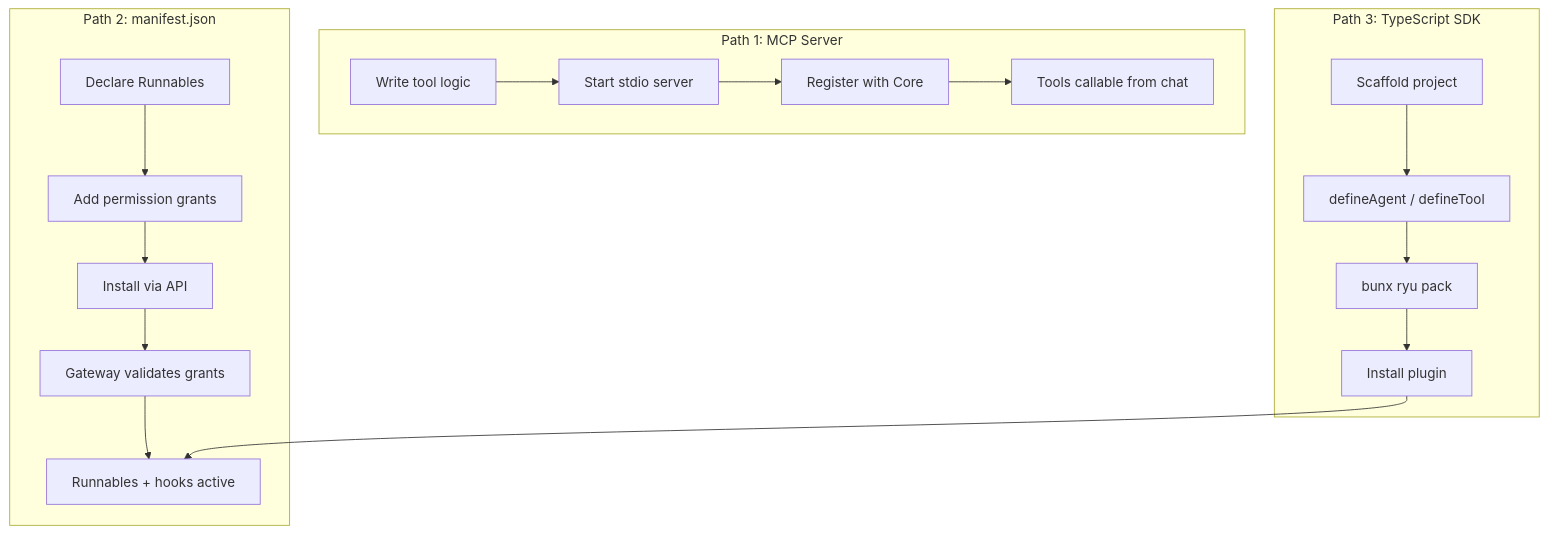
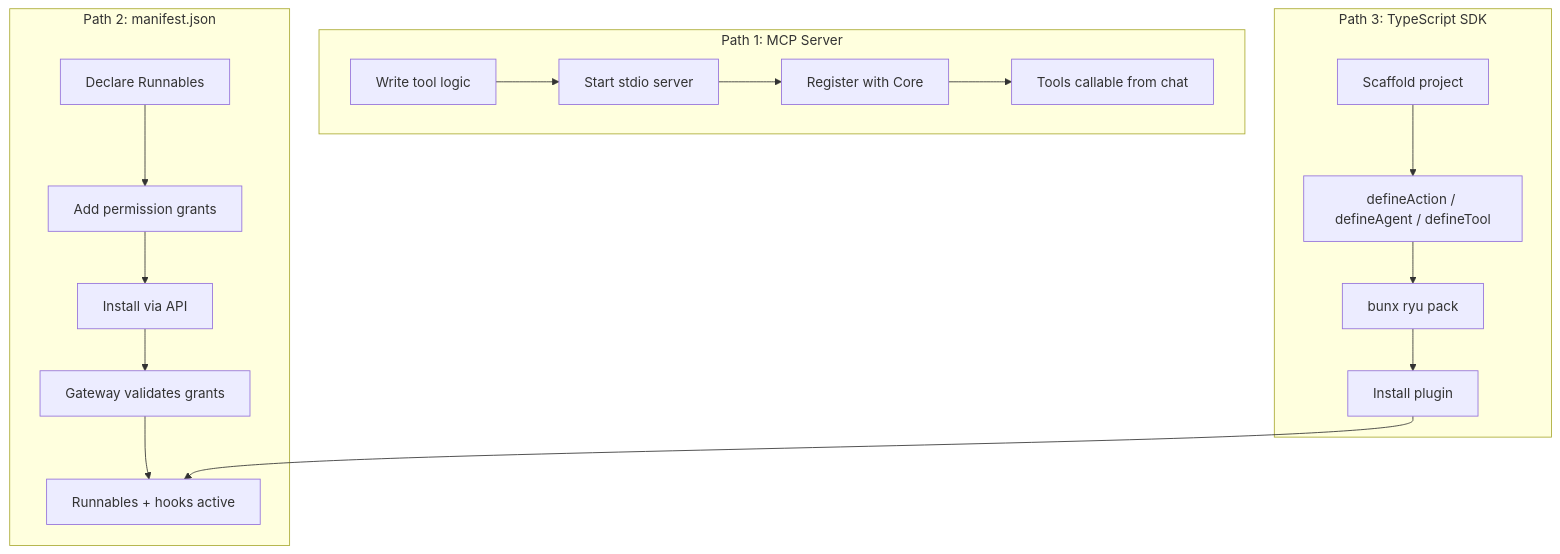
Before and after one commit to amajorai/ryu-docs: the diagram in content/docs/extend/develop/extensions/index.mdx, drawn with Mermaid. The commit also changed other lines of this file and 446 other files, not shown here.

````diff
--- a/content/docs/extend/develop/extensions/index.mdx
+++ b/content/docs/extend/develop/extensions/index.mdx
@@ -19,22 +19,22 @@
 ```mermaid
 flowchart TD
   subgraph "Path 1: MCP Server"
     A[Write tool logic] --> B[Start stdio server]
     B --> C[Register with Core]
     C --> D[Tools callable from chat]
   end
 
   subgraph "Path 2: manifest.json"
     E[Declare Runnables] --> F[Add permission grants]
     F --> G[Install via API]
     G --> H[Gateway validates grants]
     H --> I[Runnables + hooks active]
   end
 
   subgraph "Path 3: TypeScript SDK"
-    J[Scaffold project] --> K[defineAgent / defineTool]
+    J[Scaffold project] --> K[defineAction / defineAgent / defineTool]
     K --> L[bunx ryu pack]
     L --> M[Install plugin]
     M --> I
   end
 ```
````
